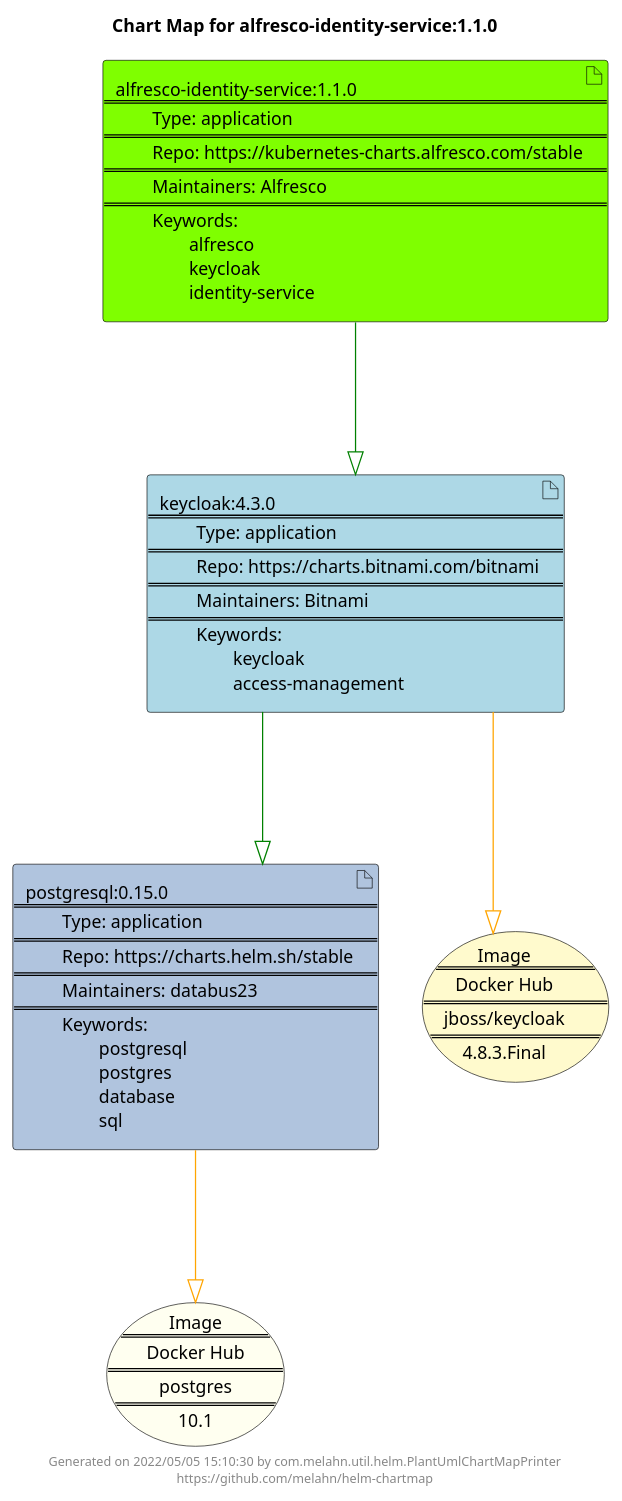
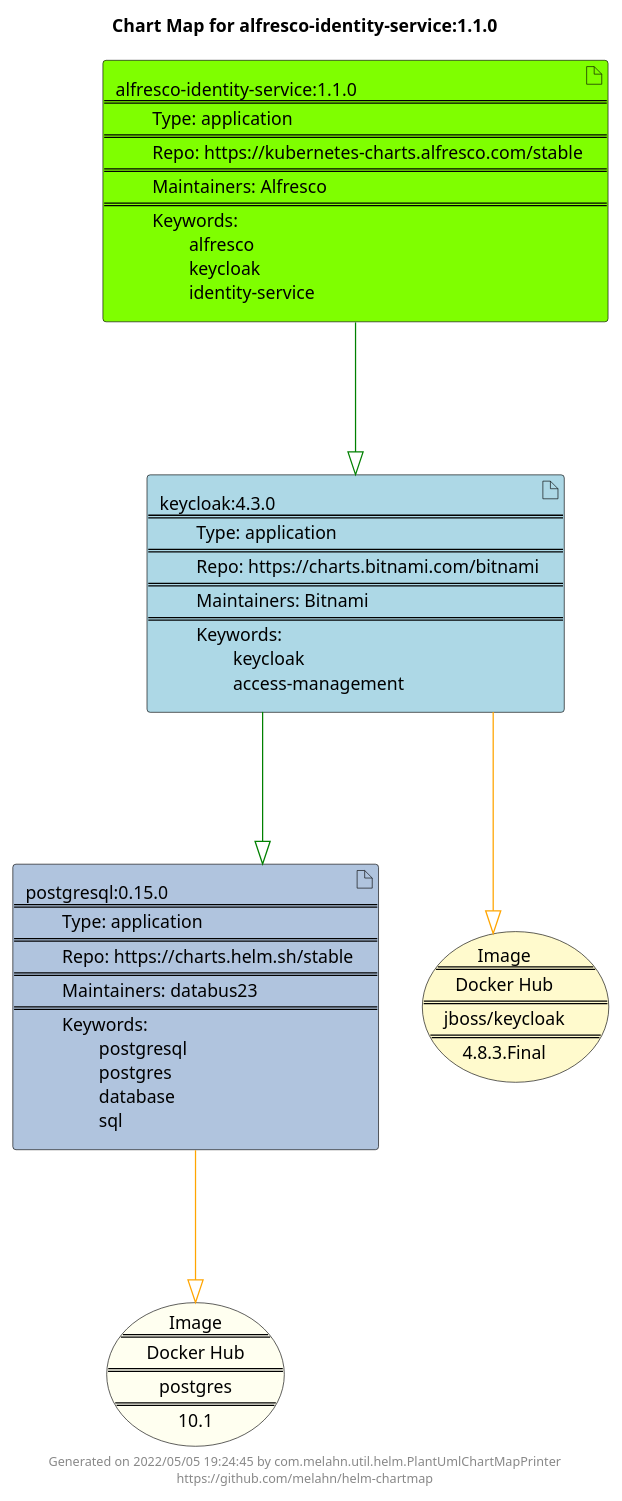
Before and after one commit to melahn/helm-chartmap: the diagram in docs/alfresco-identity-service/alfresco-identity-service-1.1.0.puml, drawn with PlantUML. The commit also changed 63 other files, not shown here.

Commit message:
Update Example Chart Maps as part of GitHub build

```diff
--- a/docs/alfresco-identity-service/alfresco-identity-service-1.1.0.puml
+++ b/docs/alfresco-identity-service/alfresco-identity-service-1.1.0.puml
@@ -1,27 +1,27 @@
 @startuml
 skinparam linetype ortho
 skinparam backgroundColor white
 skinparam usecaseBorderColor black
 skinparam usecaseArrowColor LightSlateGray
 skinparam artifactBorderColor black
 skinparam artifactArrowColor LightSlateGray
 
 title Chart Map for alfresco-identity-service:1.1.0
 
 'There are 3 referenced Helm Charts
 artifact "postgresql:0.15.0\n====\n\tType: application\n====\n\tRepo: https://charts.helm.sh/stable\n====\n\tMaintainers: databus23\n====\n\tKeywords: \n\t\tpostgresql\n\t\tpostgres\n\t\tdatabase\n\t\tsql" as postgresql_0_15_0 #LightSteelBlue
 artifact "alfresco-identity-service:1.1.0\n====\n\tType: application\n====\n\tRepo: https://kubernetes-charts.alfresco.com/stable\n====\n\tMaintainers: Alfresco\n====\n\tKeywords: \n\t\talfresco\n\t\tkeycloak\n\t\tidentity-service" as alfresco_identity_service_1_1_0 #Chartreuse
 artifact "keycloak:4.3.0\n====\n\tType: application\n====\n\tRepo: https://charts.bitnami.com/bitnami\n====\n\tMaintainers: Bitnami\n====\n\tKeywords: \n\t\tkeycloak\n\t\taccess-management" as keycloak_4_3_0 #LightBlue
 
 'There are 2 referenced Docker Images
 usecase "Image\n====\nDocker Hub\n====\npostgres\n====\n10.1" as postgres_10_1 #Ivory
 usecase "Image\n====\nDocker Hub\n====\njboss/keycloak\n====\n4.8.3.Final" as jboss_keycloak_4_8_3_Final #LemonChiffon
 
 'Chart Dependencies
 alfresco_identity_service_1_1_0--[#green]-|>keycloak_4_3_0
 keycloak_4_3_0--[#green]-|>postgresql_0_15_0
 postgresql_0_15_0--[#orange]-|>postgres_10_1
 keycloak_4_3_0--[#orange]-|>jboss_keycloak_4_8_3_Final
 
-center footer Generated on 2022/05/05 15:10:30 by com.melahn.util.helm.PlantUmlChartMapPrinter\nhttps://github.com/melahn/helm-chartmap
+center footer Generated on 2022/05/05 19:24:45 by com.melahn.util.helm.PlantUmlChartMapPrinter\nhttps://github.com/melahn/helm-chartmap
 @enduml
```
